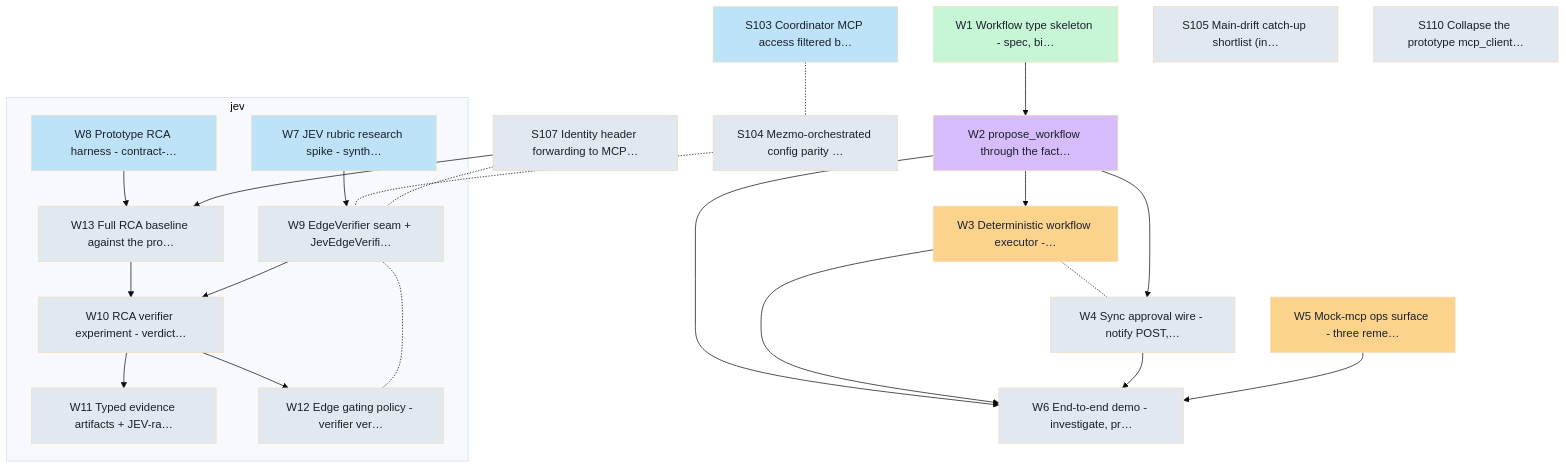
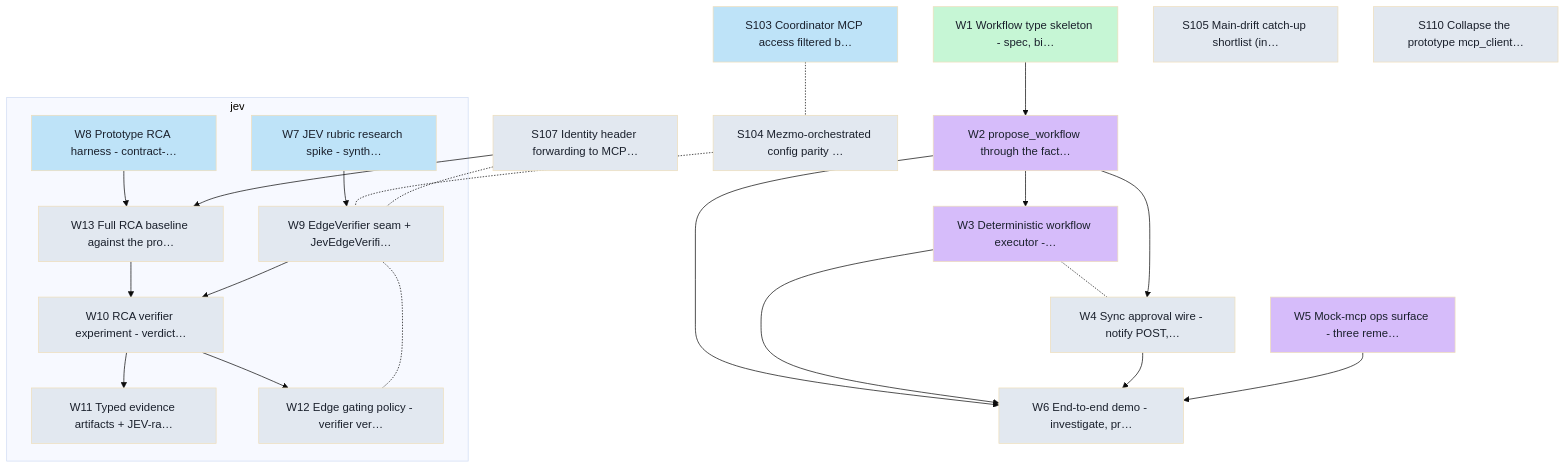
One commit to Shearerbeard/agent-driver-prototype changed the diagram in docs/board/cards/graph.md. Above: the diagram before and after it, drawn with Mermaid (base theme). The commit also changed 4 other files, not shown here.

````diff
--- a/docs/board/cards/graph.md
+++ b/docs/board/cards/graph.md
@@ -8,47 +8,47 @@
 ```mermaid
 flowchart TD
   classDef backlog fill:#e2e8f0,color:#1a202c;
   classDef ready fill:#bee3f8,color:#1a202c;
   classDef inprogress fill:#fbd38d,color:#1a202c;
   classDef inreview fill:#d6bcfa,color:#1a202c;
   classDef done fill:#c6f6d5,color:#1a202c;
   subgraph lane_jev["jev"]
     W7["W7 JEV rubric research spike - synth…"]:::ready
     W8["W8 Prototype RCA harness - contract-…"]:::ready
     W9["W9 EdgeVerifier seam + JevEdgeVerifi…"]:::backlog
     W10["W10 RCA verifier experiment - verdict…"]:::backlog
     W11["W11 Typed evidence artifacts + JEV-ra…"]:::backlog
     W12["W12 Edge gating policy - verifier ver…"]:::backlog
     W13["W13 Full RCA baseline against the pro…"]:::backlog
   end
   W1["W1 Workflow type skeleton - spec, bi…"]:::done
   W2["W2 propose_workflow through the fact…"]:::inreview
-  W3["W3 Deterministic workflow executor -…"]:::inprogress
+  W3["W3 Deterministic workflow executor -…"]:::inreview
   W4["W4 Sync approval wire - notify POST,…"]:::backlog
-  W5["W5 Mock-mcp ops surface - three reme…"]:::inprogress
+  W5["W5 Mock-mcp ops surface - three reme…"]:::inreview
   W6["W6 End-to-end demo - investigate, pr…"]:::backlog
   S103["S103 Coordinator MCP access filtered b…"]:::ready
   S104["S104 Mezmo-orchestrated config parity …"]:::backlog
   S105["S105 Main-drift catch-up shortlist (in…"]:::backlog
   S107["S107 Identity header forwarding to MCP…"]:::backlog
   S110["S110 Collapse the prototype mcp_client…"]:::backlog
   W1 --> W2
   W2 --> W3
   W3 -.- W4
   W2 --> W4
   W2 --> W6
   W3 --> W6
   W4 --> W6
   W5 --> W6
   W7 --> W9
   W13 --> W10
   W9 --> W10
   W10 --> W11
   W10 --> W12
   W12 -.- W9
   W8 --> W13
   S107 --> W13
   S103 -.- S104
   S104 -.- W9
   S107 -.- W9
 ```
````
